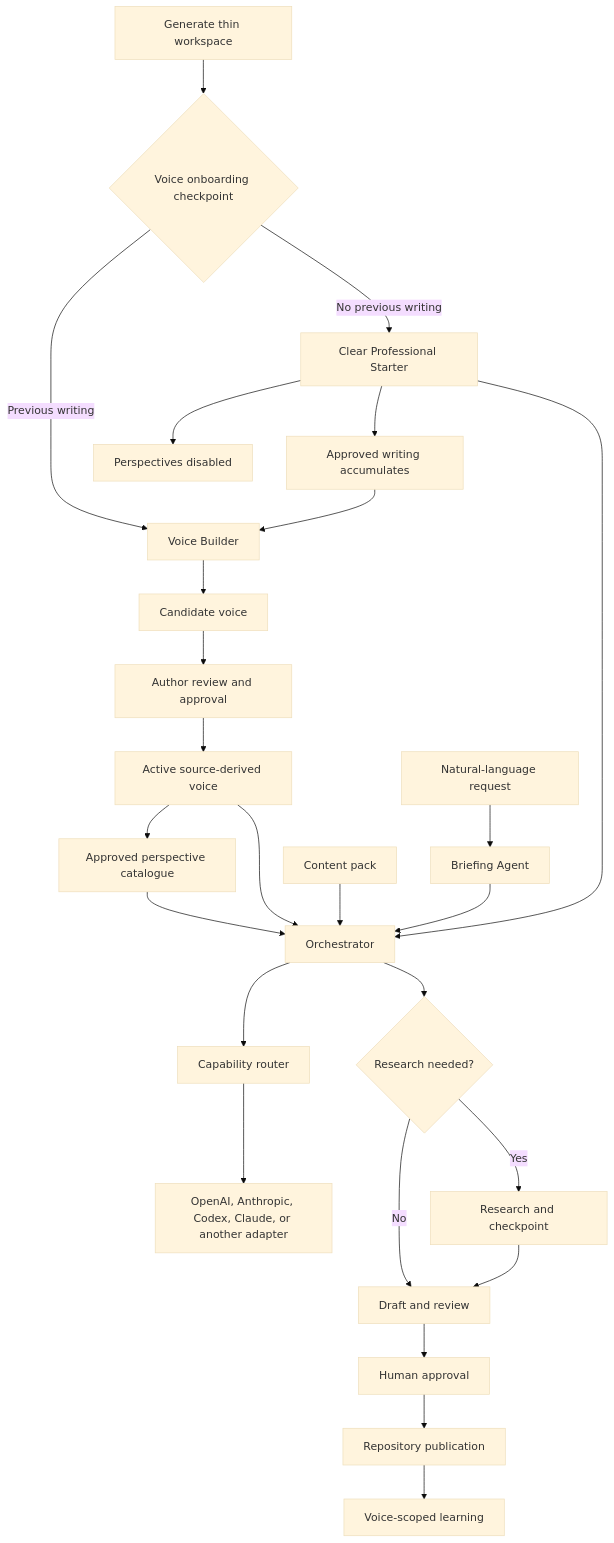
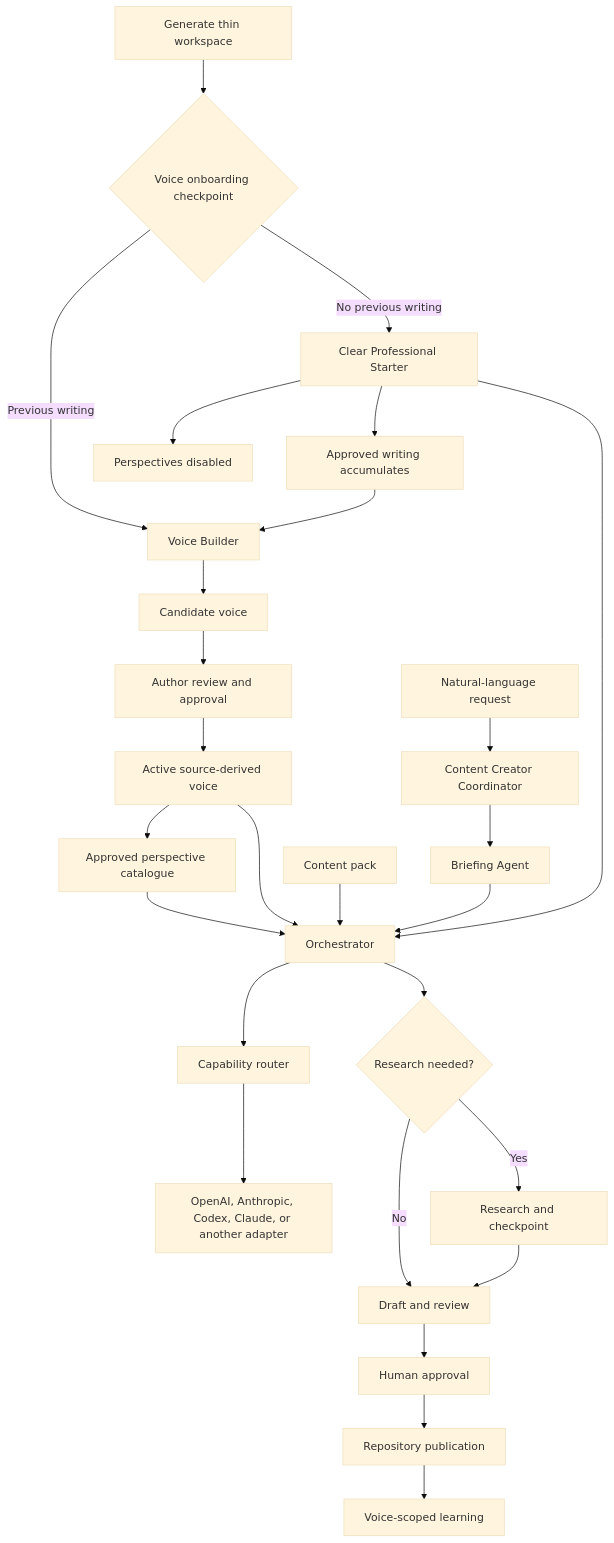
Before and after one commit to vadhoob90/Content_Creator_Core: the diagram in README.md, drawn with Mermaid (base theme). The commit also changed other lines of this file and 21 other files, not shown here.

First line of the commit message:
Add deterministic content coordinator (#5)

````diff
--- a/README.md
+++ b/README.md
@@ -170,29 +179,30 @@
 ```mermaid
 flowchart TD
     W["Generate thin workspace"] --> D{"Voice onboarding checkpoint"}
     D -->|"Previous writing"| VB["Voice Builder"]
     VB --> VC["Candidate voice"]
     VC --> VA["Author review and approval"]
     VA --> AV["Active source-derived voice"]
     D -->|"No previous writing"| SV["Clear Professional Starter"]
     SV --> PD["Perspectives disabled"]
     SV --> EW["Approved writing accumulates"]
     EW --> VB
     AV --> PE["Approved perspective catalogue"]
 
-    R["Natural-language request"] --> BA["Briefing Agent"]
+    R["Natural-language request"] --> CO["Content Creator Coordinator"]
+    CO --> BA["Briefing Agent"]
     BA --> OR["Orchestrator"]
     PK["Content pack"] --> OR
     AV --> OR
     SV --> OR
     PE --> OR
     OR --> CR["Capability router"]
     CR --> PR["OpenAI, Anthropic, Codex, Claude, or another adapter"]
     OR --> Q{"Research needed?"}
     Q -->|"No"| DR["Draft and review"]
     Q -->|"Yes"| RS["Research and checkpoint"]
     RS --> DR
     DR --> HA["Human approval"]
     HA --> PB["Repository publication"]
     PB --> LM["Voice-scoped learning"]
 ```
````
